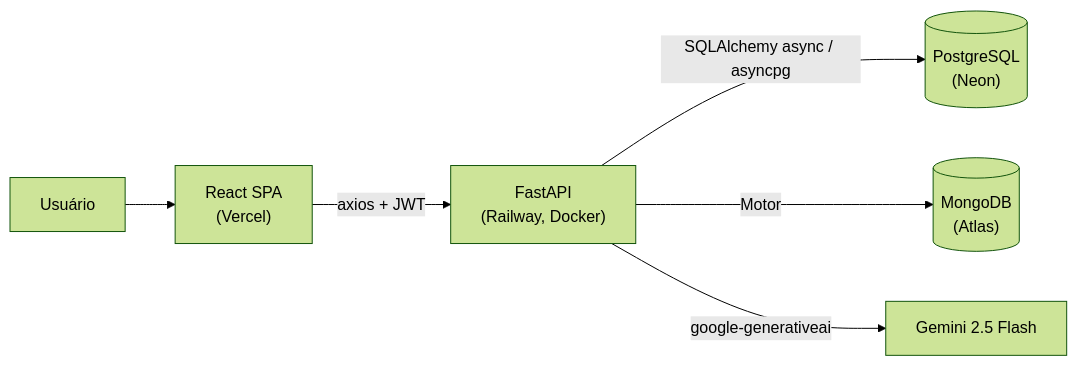
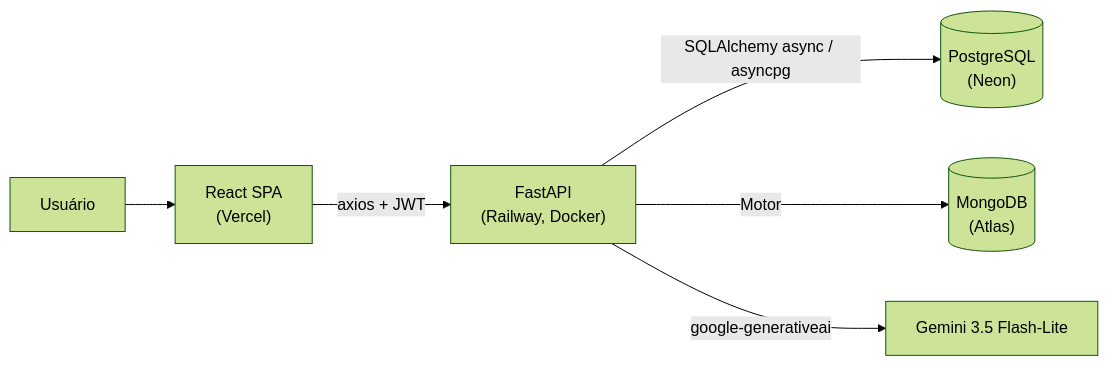
One commit to DigoDuck/Norby changed the diagram in README.md. Above: the diagram before and after it, drawn with Mermaid (forest theme). The commit also changed other lines of this file and 2 other files, not shown here.

Commit message:
chore(ai): switch to gemini 3.5 flash-lite and force native JSON output
response_mime_type replaces the regex that stripped markdown fences, making the parse reliable on a small model. Test mocks now accept **kwargs: without it the new generation_config argument raised TypeError inside the try block, which two tests silently swallowed as if the model itself had failed.

````diff
--- a/README.md
+++ b/README.md
@@ -34,8 +34,8 @@
 ```mermaid
 flowchart LR
     U[Usuário] --> FE["React SPA<br/>(Vercel)"]
     FE -->|axios + JWT| API["FastAPI<br/>(Railway, Docker)"]
     API -->|SQLAlchemy async / asyncpg| PG[("PostgreSQL<br/>(Neon)")]
     API -->|Motor| MG[("MongoDB<br/>(Atlas)")]
-    API -->|google-generativeai| GEM["Gemini 2.5 Flash"]
+    API -->|google-generativeai| GEM["Gemini 3.5 Flash-Lite"]
 ```
````
